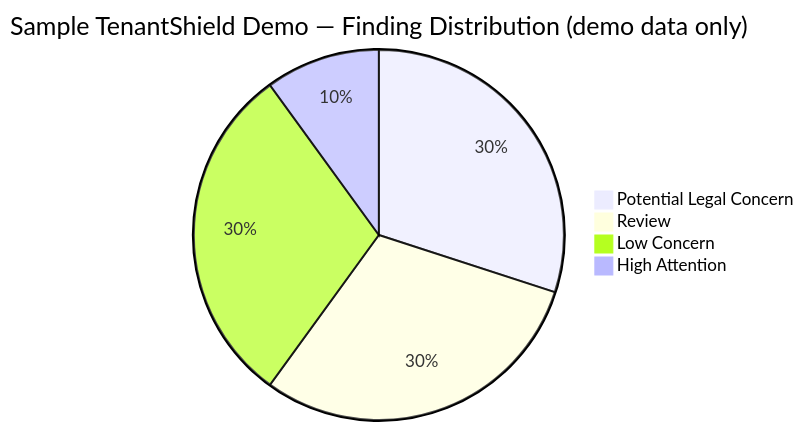
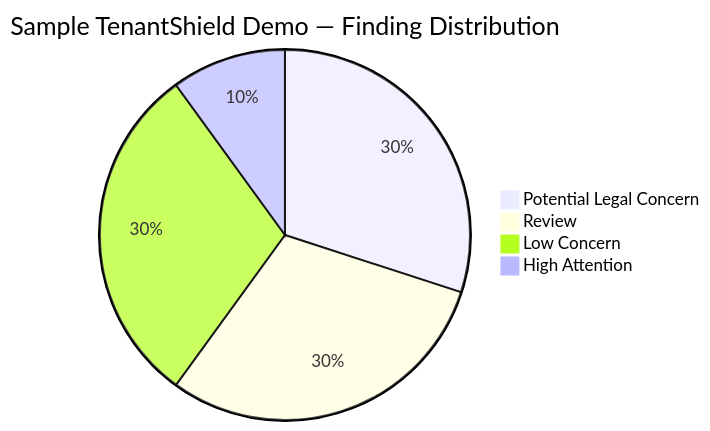
One commit to KodeMeister-YT/CivicShield changed the fifth of 12 diagrams in README.md. Above: the diagram before and after it, drawn with Mermaid. The commit also changed other lines of this file, not shown here.

Commit message:
docs: trim README prose, keep all diagrams and data

````diff
--- a/README.md
+++ b/README.md
@@ -168,8 +86,8 @@
 ```mermaid
 pie
-    title Sample TenantShield Demo — Finding Distribution (demo data only)
+    title Sample TenantShield Demo — Finding Distribution
     "Potential Legal Concern" : 3
     "Review" : 3
     "Low Concern" : 3
     "High Attention" : 1
 ```
````
